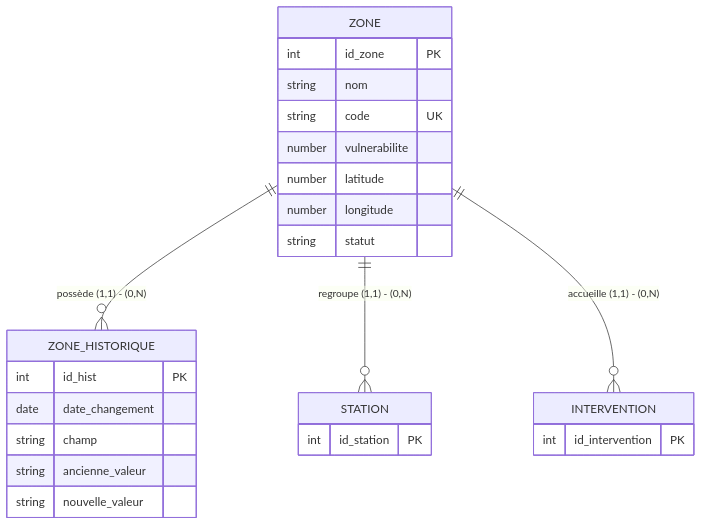
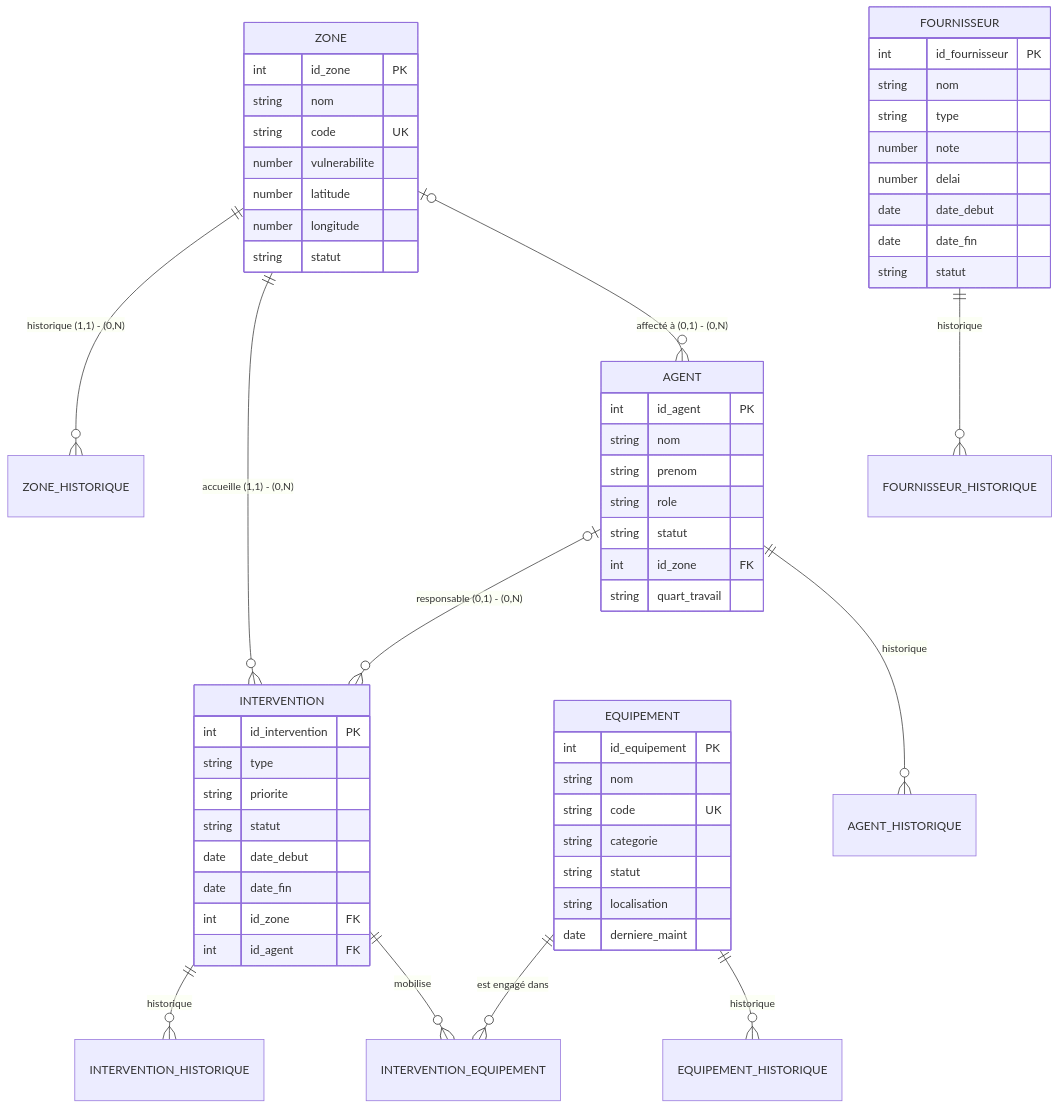
Before and after one commit to AwebWing/Project-meteo: the diagram in docs/MODELE_DONNEES.md, drawn with Mermaid. The commit also changed other lines of this file and 45 other files, not shown here.

````diff
--- a/docs/MODELE_DONNEES.md
+++ b/docs/MODELE_DONNEES.md
@@ -8,29 +8,61 @@
 ```mermaid
 erDiagram
-    ZONE ||--o{ ZONE_HISTORIQUE : "possède (1,1) - (0,N)"
-    ZONE ||--o{ STATION : "regroupe (1,1) - (0,N)"
+    ZONE ||--o{ ZONE_HISTORIQUE : "historique (1,1) - (0,N)"
     ZONE ||--o{ INTERVENTION : "accueille (1,1) - (0,N)"
+    ZONE |o--o{ AGENT : "affecté à (0,1) - (0,N)"
+    AGENT |o--o{ INTERVENTION : "responsable (0,1) - (0,N)"
+    INTERVENTION ||--o{ INTERVENTION_HISTORIQUE : "historique"
+    INTERVENTION ||--o{ INTERVENTION_EQUIPEMENT : "mobilise"
+    EQUIPEMENT ||--o{ INTERVENTION_EQUIPEMENT : "est engagé dans"
+    EQUIPEMENT ||--o{ EQUIPEMENT_HISTORIQUE : "historique"
+    AGENT ||--o{ AGENT_HISTORIQUE : "historique"
+    FOURNISSEUR ||--o{ FOURNISSEUR_HISTORIQUE : "historique"
 
     ZONE {
         int    id_zone PK
         string nom
         string code UK
         number vulnerabilite
         number latitude
         number longitude
         string statut
     }
-    ZONE_HISTORIQUE {
-        int    id_hist PK
-        date   date_changement
-        string champ
-        string ancienne_valeur
-        string nouvelle_valeur
+    EQUIPEMENT {
+        int    id_equipement PK
+        string nom
+        string code UK
+        string categorie
+        string statut
+        string localisation
+        date   derniere_maint
     }
-    STATION {
-        int id_station PK
+    AGENT {
+        int    id_agent PK
+        string nom
+        string prenom
+        string role
+        string statut
+        int    id_zone FK
+        string quart_travail
     }
     INTERVENTION {
-        int id_intervention PK
+        int    id_intervention PK
+        string type
+        string priorite
+        string statut
+        date   date_debut
+        date   date_fin
+        int    id_zone FK
+        int    id_agent FK
+    }
+    FOURNISSEUR {
+        int    id_fournisseur PK
+        string nom
+        string type
+        number note
+        number delai
+        date   date_debut
+        date   date_fin
+        string statut
     }
 ```
````
